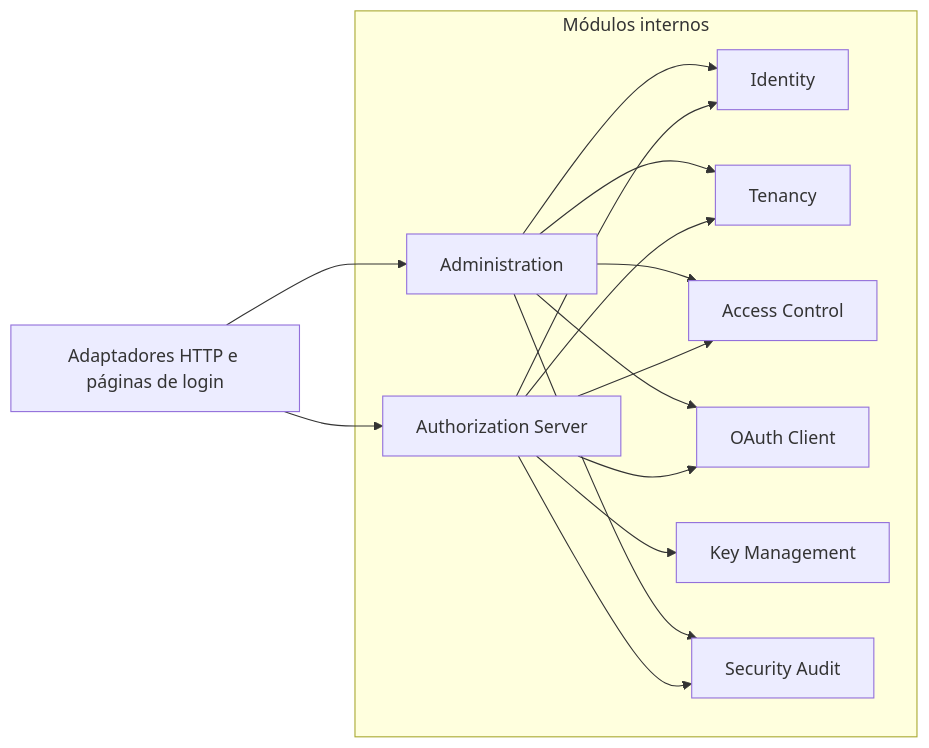
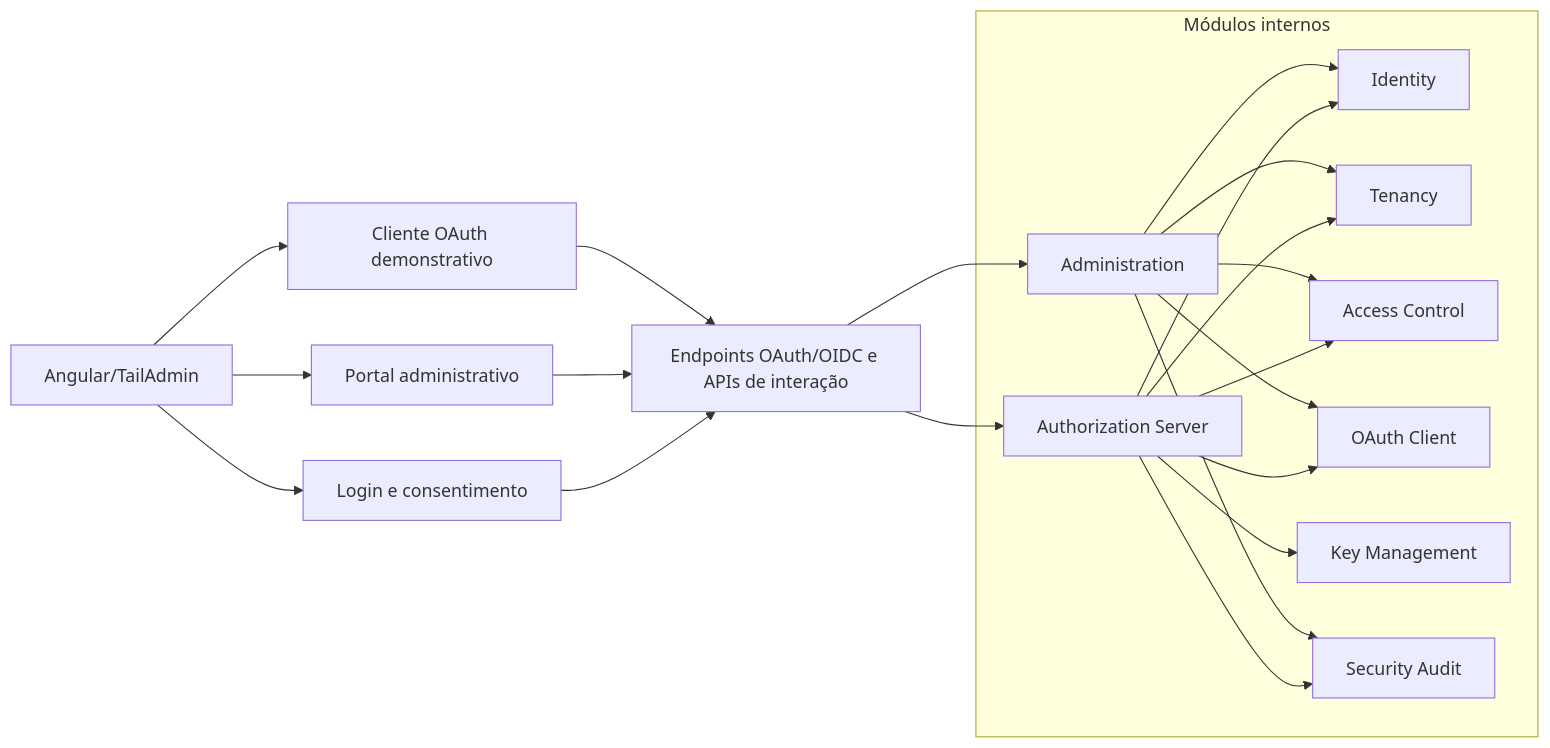
One commit to karamba121/identity-hub changed the second of 3 diagrams in docs/architecture/overview.md. Above: the diagram before and after it, drawn with Mermaid. The commit also changed other lines of this file and 4 other files, not shown here.

````diff
--- a/docs/architecture/overview.md
+++ b/docs/architecture/overview.md
@@ -83,29 +100,39 @@
 ```mermaid
 flowchart LR
-    API["Adaptadores HTTP e páginas de login"]
+    UI["Angular/TailAdmin"]
+    INTERACTION["Login e consentimento"]
+    PORTAL["Portal administrativo"]
+    DEMO["Cliente OAuth demonstrativo"]
+    API["Endpoints OAuth/OIDC e APIs de interação"]
 
     subgraph Modules["Módulos internos"]
         AS["Authorization Server"]
         ID["Identity"]
         TEN["Tenancy"]
         ACL["Access Control"]
         OAC["OAuth Client"]
         KM["Key Management"]
         AUD["Security Audit"]
         ADM["Administration"]
     end
 
+    UI --> INTERACTION
+    UI --> PORTAL
+    UI --> DEMO
+    INTERACTION --> API
+    PORTAL --> API
+    DEMO --> API
     API --> AS
     API --> ADM
     AS --> ID
     AS --> TEN
     AS --> ACL
     AS --> OAC
     AS --> KM
     AS --> AUD
     ADM --> ID
     ADM --> TEN
     ADM --> ACL
     ADM --> OAC
     ADM --> AUD
 ```
````
